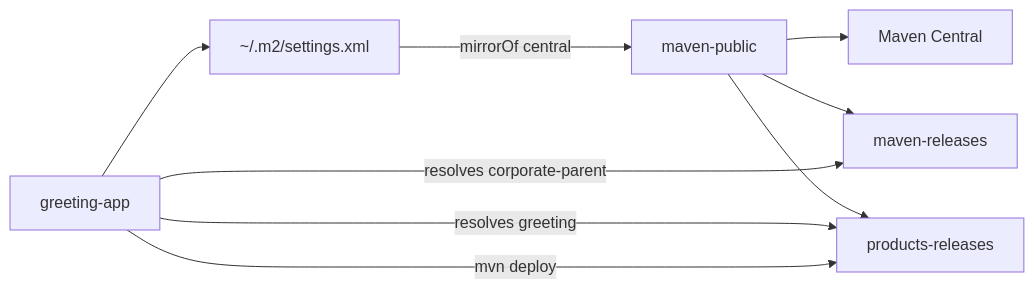
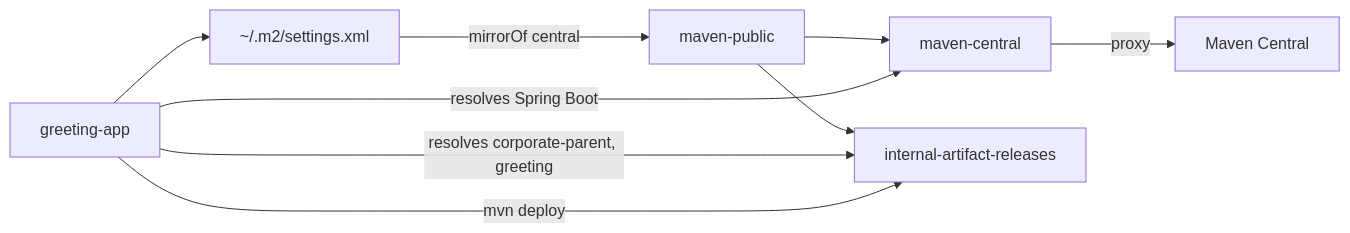
The fourth of 9 diagrams in README.md (IAAA-Lab/maven-corporate-pom), drawn with Mermaid before and after one commit. The commit also changed other lines of this file and 10 other files, not shown here.

Commit message:
Publish company artifacts to one internal repo and keep Central public.

````diff
--- a/README.md
+++ b/README.md
@@ -200,18 +207,18 @@
 ```mermaid
 flowchart LR
     app["greeting-app"]
     userSettings["~/.m2/settings.xml"]
     publicGroup["maven-public"]
+    centralProxy["maven-central"]
     central["Maven Central"]
-    corporateHosted["maven-releases"]
-    productHosted["products-releases"]
+    internalHosted["internal-artifact-releases"]
 
     app --> userSettings
     userSettings -->|"mirrorOf central"| publicGroup
-    publicGroup --> central
-    publicGroup --> corporateHosted
-    publicGroup --> productHosted
-    app -->|"resolves corporate-parent"| corporateHosted
-    app -->|"resolves greeting"| productHosted
-    app -->|"mvn deploy"| productHosted
+    publicGroup --> centralProxy
+    publicGroup --> internalHosted
+    centralProxy -->|"proxy"| central
+    app -->|"resolves Spring Boot"| centralProxy
+    app -->|"resolves corporate-parent, greeting"| internalHosted
+    app -->|"mvn deploy"| internalHosted
 ```
````
